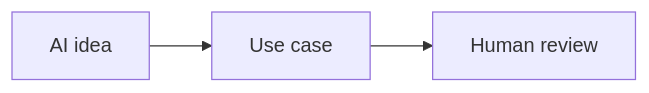
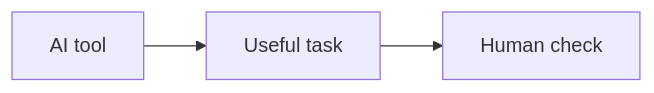
Before and after one commit to lekhasaravanakumar/current-events-practice: the diagram in ai-event.md, drawn with Mermaid. The commit also changed other lines of this file and 2 other files, not shown here.

````diff
--- a/ai-event.md
+++ b/ai-event.md
@@ -13,4 +15,4 @@
 ```mermaid
 flowchart LR
-A[AI idea] --> B[Use case] --> C[Human review]
+A[AI tool] --> B[Useful task] --> C[Human check]
 ```
````
